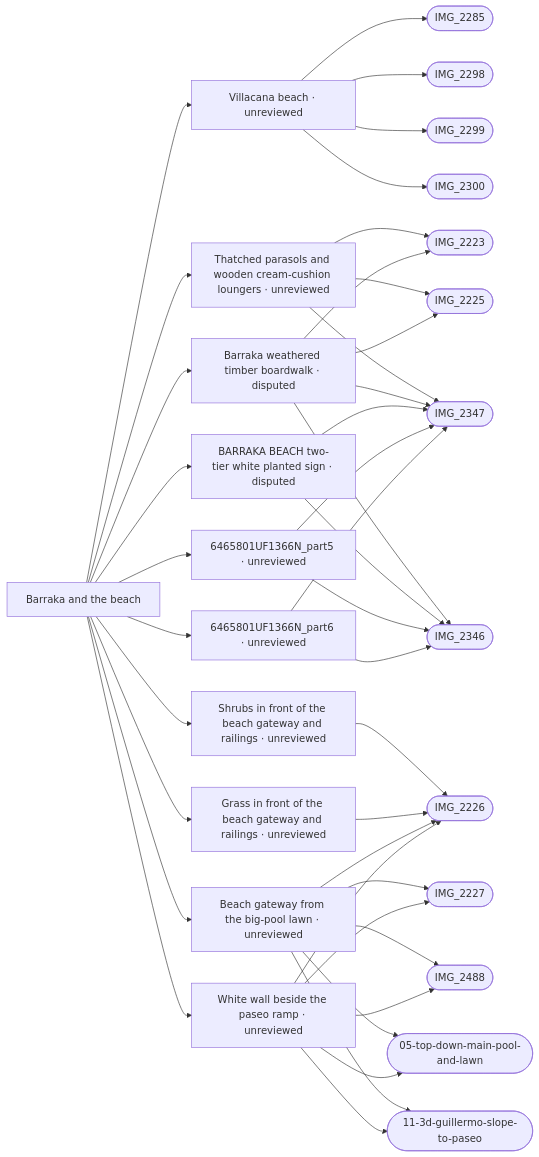
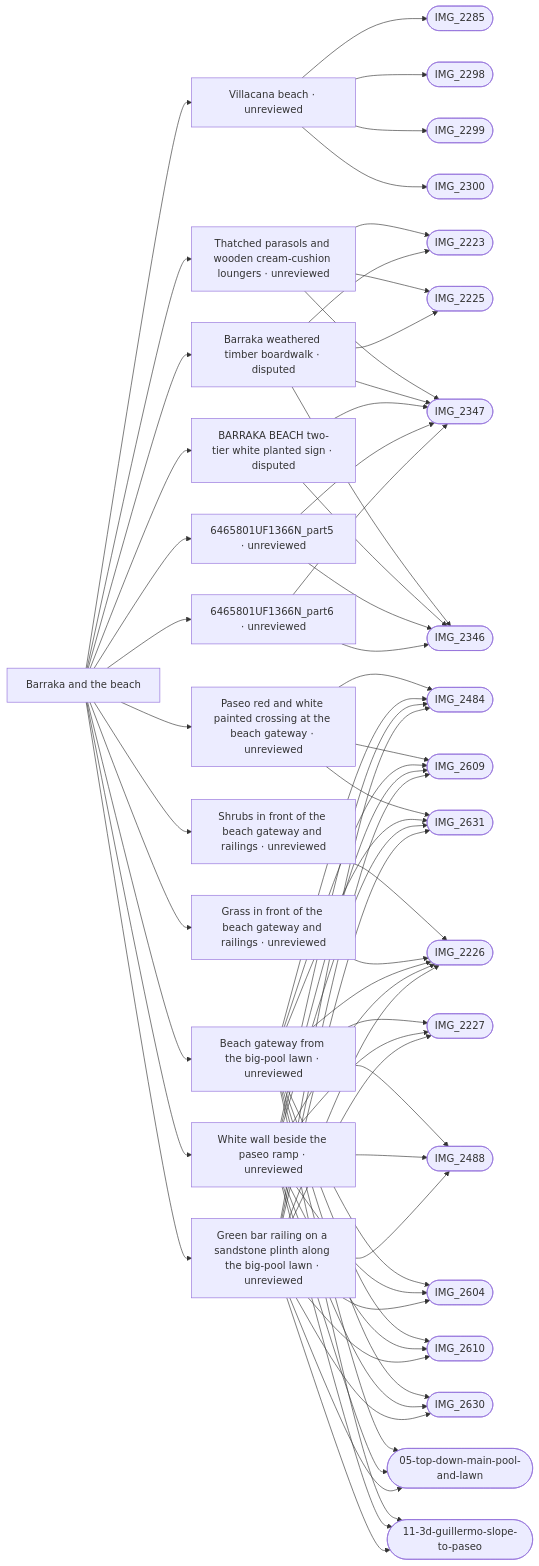
The diagram in refs/areas/barraka-beach.md (daveyboyc/villacana-venture), drawn with Mermaid before and after one commit. The commit also changed other lines of this file and 34 other files, not shown here.

````diff
--- a/refs/areas/barraka-beach.md
+++ b/refs/areas/barraka-beach.md
@@ -49,43 +53,71 @@
 ```mermaid
 graph LR
   A["Barraka and the beach"]
   A --> F0["Villacana beach · unreviewed"]
   F0 --> PIMG_2285_jpg(["IMG_2285"])
   F0 --> PIMG_2298_jpg(["IMG_2298"])
   F0 --> PIMG_2299_jpg(["IMG_2299"])
   F0 --> PIMG_2300_jpg(["IMG_2300"])
   A --> F1["Thatched parasols and wooden cream-cushion loungers · unreviewed"]
   F1 --> PIMG_2223_jpg(["IMG_2223"])
   F1 --> PIMG_2225_jpg(["IMG_2225"])
   F1 --> PIMG_2347_jpg(["IMG_2347"])
   A --> F2["Barraka weathered timber boardwalk · disputed"]
   F2 --> PIMG_2223_jpg(["IMG_2223"])
   F2 --> PIMG_2225_jpg(["IMG_2225"])
   F2 --> PIMG_2346_jpg(["IMG_2346"])
   F2 --> PIMG_2347_jpg(["IMG_2347"])
   A --> F3["BARRAKA BEACH two-tier white planted sign · disputed"]
   F3 --> PIMG_2346_jpg(["IMG_2346"])
   F3 --> PIMG_2347_jpg(["IMG_2347"])
-  A --> F4["Shrubs in front of the beach gateway and railings · unreviewed"]
-  F4 --> PIMG_2226_jpg(["IMG_2226"])
-  A --> F5["Grass in front of the beach gateway and railings · unreviewed"]
+  A --> F4["Paseo red and white painted crossing at the beach gateway · unreviewed"]
+  F4 --> PIMG_2484_jpg(["IMG_2484"])
+  F4 --> PIMG_2609_jpg(["IMG_2609"])
+  F4 --> PIMG_2631_jpg(["IMG_2631"])
+  A --> F5["Shrubs in front of the beach gateway and railings · unreviewed"]
   F5 --> PIMG_2226_jpg(["IMG_2226"])
-  A --> F6["6465801UF1366N_part5 · unreviewed"]
-  F6 --> PIMG_2346_jpg(["IMG_2346"])
-  F6 --> PIMG_2347_jpg(["IMG_2347"])
-  A --> F7["6465801UF1366N_part6 · unreviewed"]
+  A --> F6["Grass in front of the beach gateway and railings · unreviewed"]
+  F6 --> PIMG_2226_jpg(["IMG_2226"])
+  A --> F7["6465801UF1366N_part5 · unreviewed"]
   F7 --> PIMG_2346_jpg(["IMG_2346"])
   F7 --> PIMG_2347_jpg(["IMG_2347"])
-  A --> F8["Beach gateway from the big-pool lawn · unreviewed"]
-  F8 --> PIMG_2226_jpg(["IMG_2226"])
-  F8 --> PIMG_2227_jpg(["IMG_2227"])
-  F8 --> PIMG_2488_jpg(["IMG_2488"])
-  F8 --> Pref_apple_maps_05_top_down_main_pool_and_lawn_png(["05-top-down-main-pool-and-lawn"])
-  F8 --> Pref_apple_maps_11_3d_guillermo_slope_to_paseo_png(["11-3d-guillermo-slope-to-paseo"])
-  A --> F9["White wall beside the paseo ramp · unreviewed"]
+  A --> F8["6465801UF1366N_part6 · unreviewed"]
+  F8 --> PIMG_2346_jpg(["IMG_2346"])
+  F8 --> PIMG_2347_jpg(["IMG_2347"])
+  A --> F9["Beach gateway from the big-pool lawn · unreviewed"]
   F9 --> PIMG_2226_jpg(["IMG_2226"])
   F9 --> PIMG_2227_jpg(["IMG_2227"])
+  F9 --> PIMG_2484_jpg(["IMG_2484"])
   F9 --> PIMG_2488_jpg(["IMG_2488"])
+  F9 --> PIMG_2604_jpg(["IMG_2604"])
+  F9 --> PIMG_2609_jpg(["IMG_2609"])
+  F9 --> PIMG_2610_jpg(["IMG_2610"])
+  F9 --> PIMG_2630_jpg(["IMG_2630"])
+  F9 --> PIMG_2631_jpg(["IMG_2631"])
   F9 --> Pref_apple_maps_05_top_down_main_pool_and_lawn_png(["05-top-down-main-pool-and-lawn"])
   F9 --> Pref_apple_maps_11_3d_guillermo_slope_to_paseo_png(["11-3d-guillermo-slope-to-paseo"])
+  A --> F10["White wall beside the paseo ramp · unreviewed"]
+  F10 --> PIMG_2226_jpg(["IMG_2226"])
+  F10 --> PIMG_2227_jpg(["IMG_2227"])
+  F10 --> PIMG_2484_jpg(["IMG_2484"])
+  F10 --> PIMG_2488_jpg(["IMG_2488"])
+  F10 --> PIMG_2604_jpg(["IMG_2604"])
+  F10 --> PIMG_2609_jpg(["IMG_2609"])
+  F10 --> PIMG_2610_jpg(["IMG_2610"])
+  F10 --> PIMG_2630_jpg(["IMG_2630"])
+  F10 --> PIMG_2631_jpg(["IMG_2631"])
+  F10 --> Pref_apple_maps_05_top_down_main_pool_and_lawn_png(["05-top-down-main-pool-and-lawn"])
+  F10 --> Pref_apple_maps_11_3d_guillermo_slope_to_paseo_png(["11-3d-guillermo-slope-to-paseo"])
+  A --> F11["Green bar railing on a sandstone plinth along the big-pool lawn · unreviewed"]
+  F11 --> PIMG_2226_jpg(["IMG_2226"])
+  F11 --> PIMG_2227_jpg(["IMG_2227"])
+  F11 --> PIMG_2484_jpg(["IMG_2484"])
+  F11 --> PIMG_2488_jpg(["IMG_2488"])
+  F11 --> PIMG_2604_jpg(["IMG_2604"])
+  F11 --> PIMG_2609_jpg(["IMG_2609"])
+  F11 --> PIMG_2610_jpg(["IMG_2610"])
+  F11 --> PIMG_2630_jpg(["IMG_2630"])
+  F11 --> PIMG_2631_jpg(["IMG_2631"])
+  F11 --> Pref_apple_maps_05_top_down_main_pool_and_lawn_png(["05-top-down-main-pool-and-lawn"])
+  F11 --> Pref_apple_maps_11_3d_guillermo_slope_to_paseo_png(["11-3d-guillermo-slope-to-paseo"])
 ```
````
